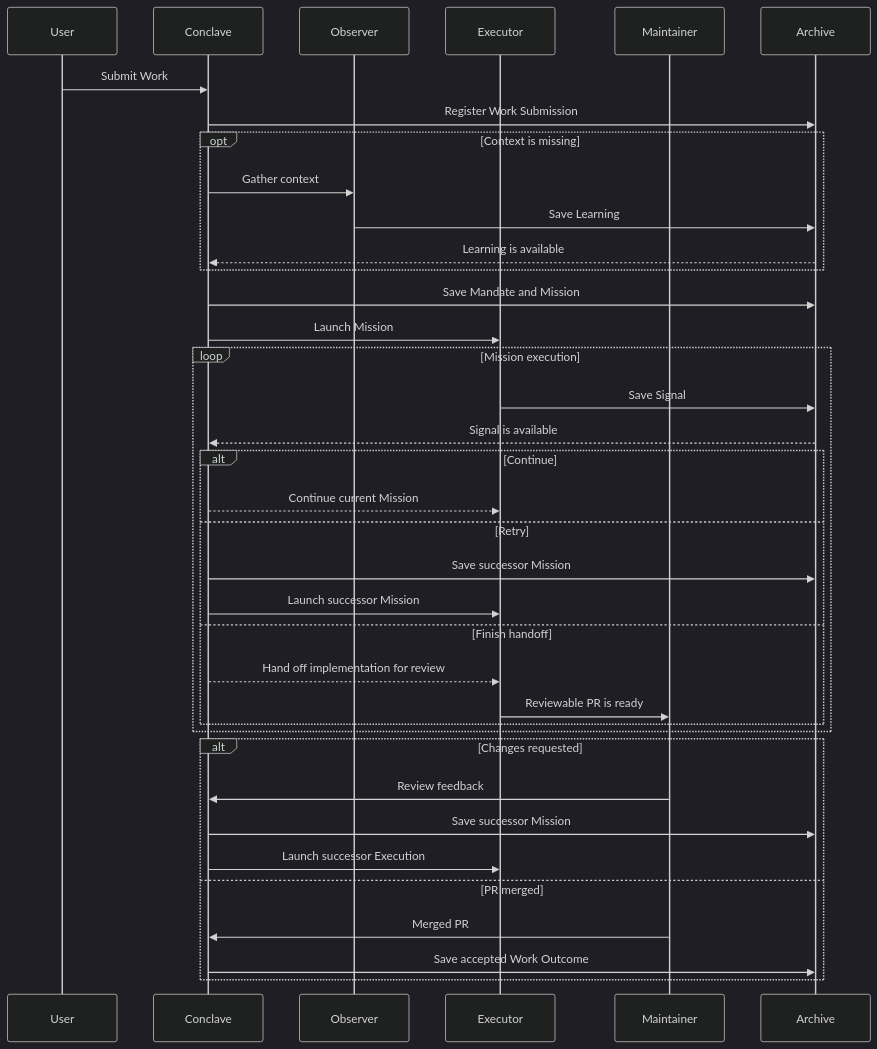
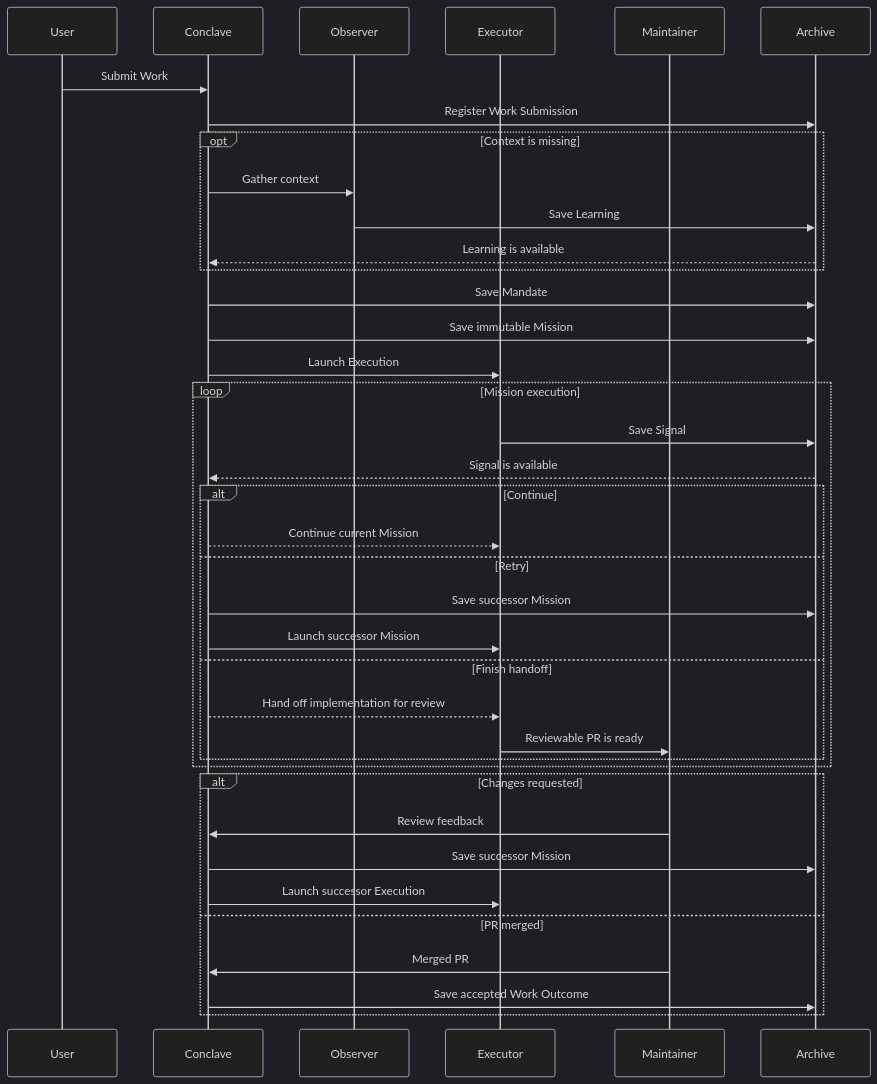
The diagram in README.md (pesap/khala), drawn with Mermaid (dark theme) before and after one commit. The commit also changed other lines of this file and 31 other files, not shown here.

````diff
--- a/README.md
+++ b/README.md
@@ -65,45 +64,46 @@
 ```mermaid
 sequenceDiagram
     participant U as User
     participant C as Conclave
     participant O as Observer
     participant E as Executor
     participant H as Maintainer
     participant A as Archive
 
     U->>C: Submit Work
     C->>A: Register Work Submission
 
     opt Context is missing
         C->>O: Gather context
         O->>A: Save Learning
         A-->>C: Learning is available
     end
 
-    C->>A: Save Mandate and Mission
-    C->>E: Launch Mission
+    C->>A: Save Mandate
+    C->>A: Save immutable Mission
+    C->>E: Launch Execution
 
     loop Mission execution
         E->>A: Save Signal
         A-->>C: Signal is available
 
         alt Continue
             C-->>E: Continue current Mission
         else Retry
             C->>A: Save successor Mission
             C->>E: Launch successor Mission
         else Finish handoff
             C-->>E: Hand off implementation for review
             E->>H: Reviewable PR is ready
         end
     end
 
     alt Changes requested
         H->>C: Review feedback
         C->>A: Save successor Mission
         C->>E: Launch successor Execution
     else PR merged
         H->>C: Merged PR
         C->>A: Save accepted Work Outcome
     end
 ```
````
